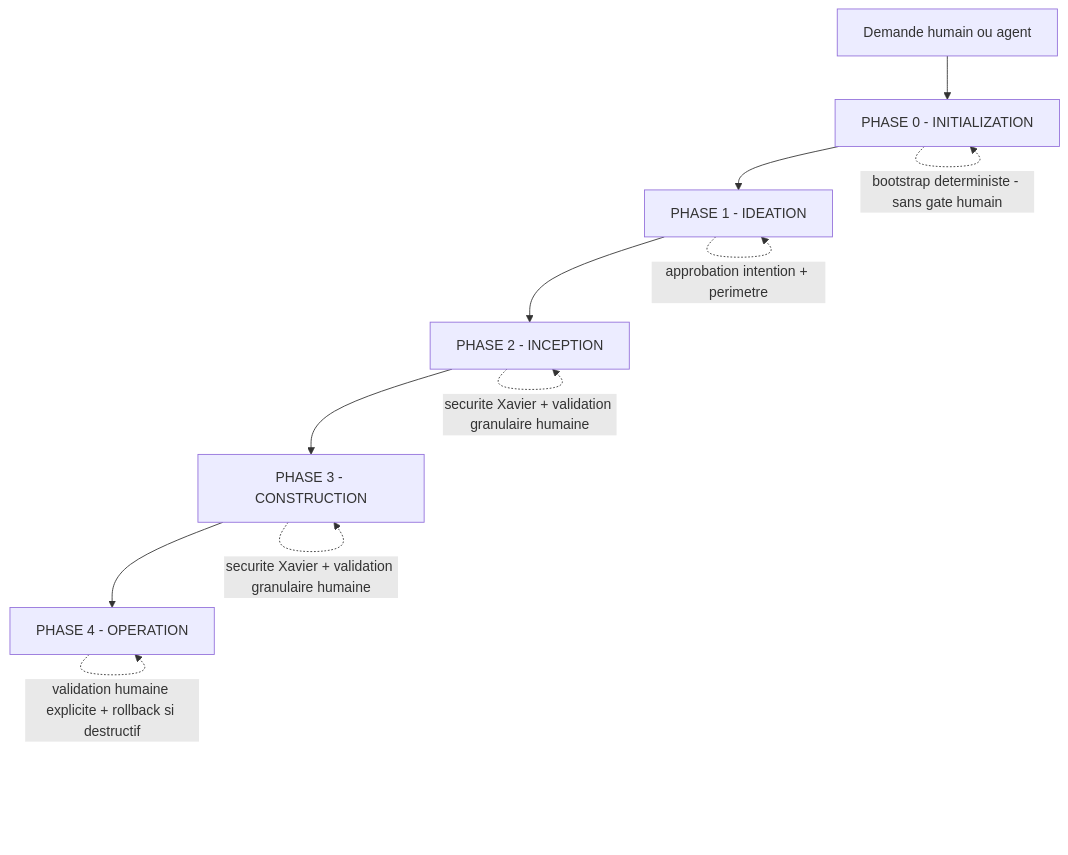
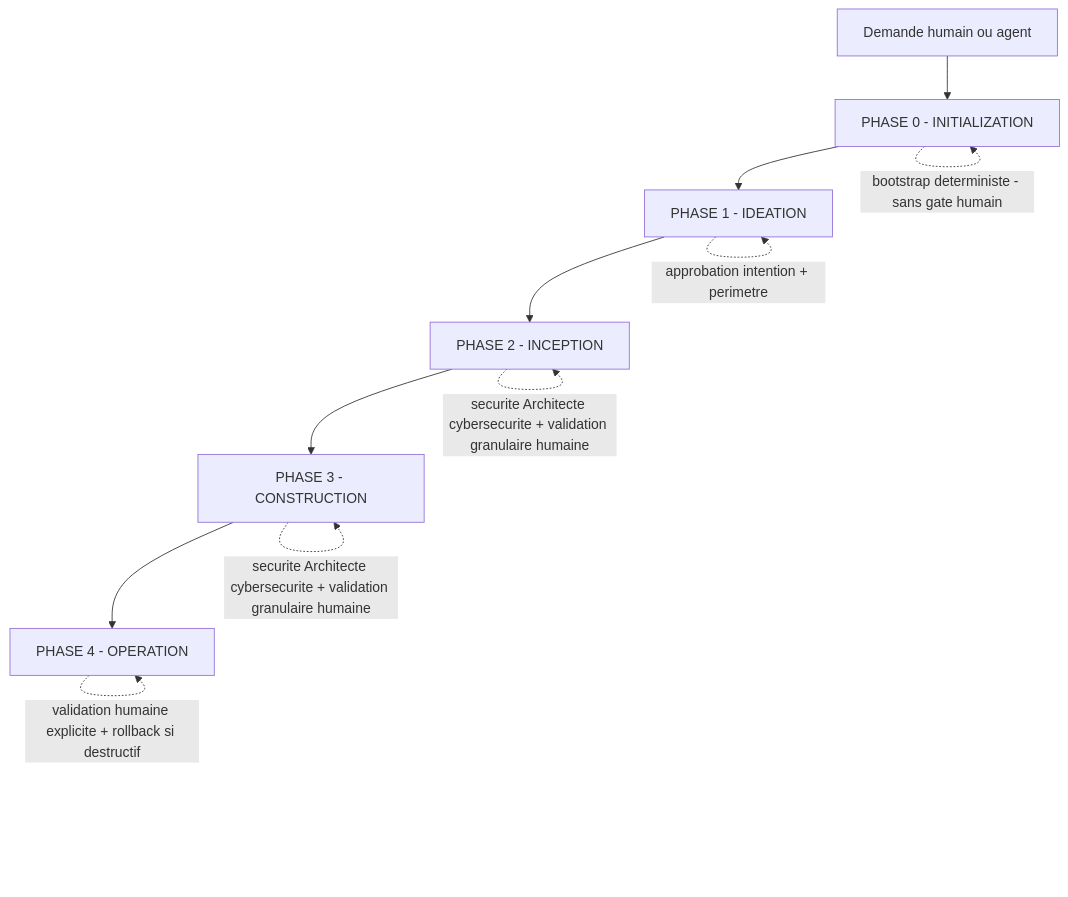
Before and after one commit to Gsyltc/homelab-portfolio: the first of 2 diagrams in core/common/conductor.md, drawn with Mermaid. The commit also changed other lines of this file and 25 other files, not shown here.

````diff
--- a/core/common/conductor.md
+++ b/core/common/conductor.md
@@ -38,14 +38,14 @@
 ```mermaid
 flowchart TD
     A[Demande humain ou agent] --> P0[PHASE 0 - INITIALIZATION]
     P0 --> P1[PHASE 1 - IDEATION]
     P1 --> P2[PHASE 2 - INCEPTION]
     P2 --> P3[PHASE 3 - CONSTRUCTION]
     P3 --> P4[PHASE 4 - OPERATION]
     P0 -.->|bootstrap deterministe - sans gate humain| P0
     P1 -.->|approbation intention + perimetre| P1
-    P2 -.->|securite Xavier + validation granulaire humaine| P2
+    P2 -.->|securite Architecte cybersecurite + validation granulaire humaine| P2
     P3 -.->|walking skeleton - mode autonomie - halt-and-ask sur echec| P3
-    P3 -.->|securite Xavier + validation granulaire humaine| P3
+    P3 -.->|securite Architecte cybersecurite + validation granulaire humaine| P3
     P4 -.->|validation humaine explicite + rollback si destructif| P4
 ```
````
